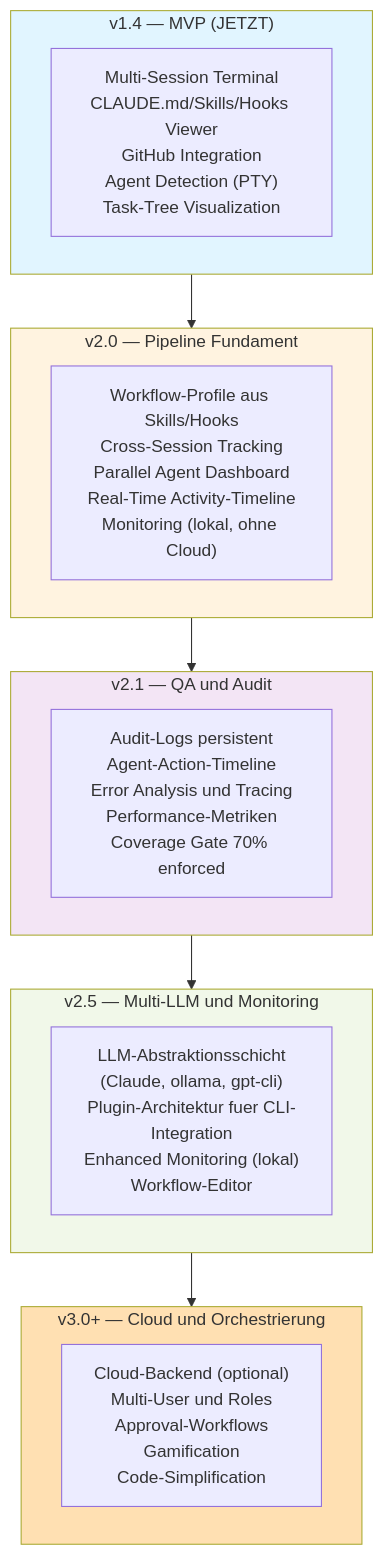
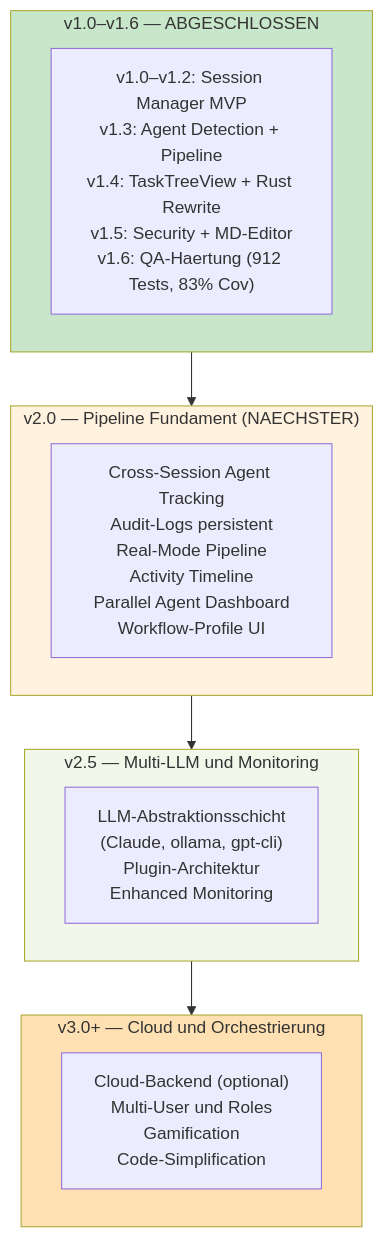
Before and after one commit to hossoOG/agentic-dashboard: the fifth of 24 diagrams in Softwareprozess/arc42-specification.md, drawn with Mermaid. The commit also changed other lines of this file and 1 other file, not shown here.

````diff
--- a/Softwareprozess/arc42-specification.md
+++ b/Softwareprozess/arc42-specification.md
@@ -226,33 +226,27 @@
 ```mermaid
 graph TD
-    subgraph v1["v1.4 — MVP (JETZT)"]
-        A["Multi-Session Terminal<br/>CLAUDE.md/Skills/Hooks Viewer<br/>GitHub Integration<br/>Agent Detection (PTY)<br/>Task-Tree Visualization"]
+    subgraph v1_done["v1.0–v1.6 — ABGESCHLOSSEN"]
+        A["v1.0–v1.2: Session Manager MVP<br/>v1.3: Agent Detection + Pipeline<br/>v1.4: TaskTreeView + Rust Rewrite<br/>v1.5: Security + MD-Editor<br/>v1.6: QA-Haertung (912 Tests, 83% Cov)"]
     end
 
-    subgraph v2_0["v2.0 — Pipeline Fundament"]
-        B["Workflow-Profile aus Skills/Hooks<br/>Cross-Session Tracking<br/>Parallel Agent Dashboard<br/>Real-Time Activity-Timeline<br/>Monitoring (lokal, ohne Cloud)"]
-    end
-
-    subgraph v2_1["v2.1 — QA und Audit"]
-        C["Audit-Logs persistent<br/>Agent-Action-Timeline<br/>Error Analysis und Tracing<br/>Performance-Metriken<br/>Coverage Gate 70% enforced"]
+    subgraph v2_0["v2.0 — Pipeline Fundament (NAECHSTER)"]
+        B["Cross-Session Agent Tracking<br/>Audit-Logs persistent<br/>Real-Mode Pipeline<br/>Activity Timeline<br/>Parallel Agent Dashboard<br/>Workflow-Profile UI"]
     end
 
     subgraph v2_5["v2.5 — Multi-LLM und Monitoring"]
-        D["LLM-Abstraktionsschicht<br/>(Claude, ollama, gpt-cli)<br/>Plugin-Architektur fuer CLI-Integration<br/>Enhanced Monitoring (lokal)<br/>Workflow-Editor"]
+        D["LLM-Abstraktionsschicht<br/>(Claude, ollama, gpt-cli)<br/>Plugin-Architektur<br/>Enhanced Monitoring"]
     end
 
     subgraph v3_0["v3.0+ — Cloud und Orchestrierung"]
-        E["Cloud-Backend (optional)<br/>Multi-User und Roles<br/>Approval-Workflows<br/>Gamification<br/>Code-Simplification"]
+        E["Cloud-Backend (optional)<br/>Multi-User und Roles<br/>Gamification<br/>Code-Simplification"]
     end
 
-    v1 --> v2_0
-    v2_0 --> v2_1
-    v2_1 --> v2_5
+    v1_done --> v2_0
+    v2_0 --> v2_5
     v2_5 --> v3_0
 
-    style v1 fill:#e1f5ff
+    style v1_done fill:#c8e6c9
     style v2_0 fill:#fff3e0
-    style v2_1 fill:#f3e5f5
     style v2_5 fill:#f1f8e9
     style v3_0 fill:#ffe0b2
 ```
````
